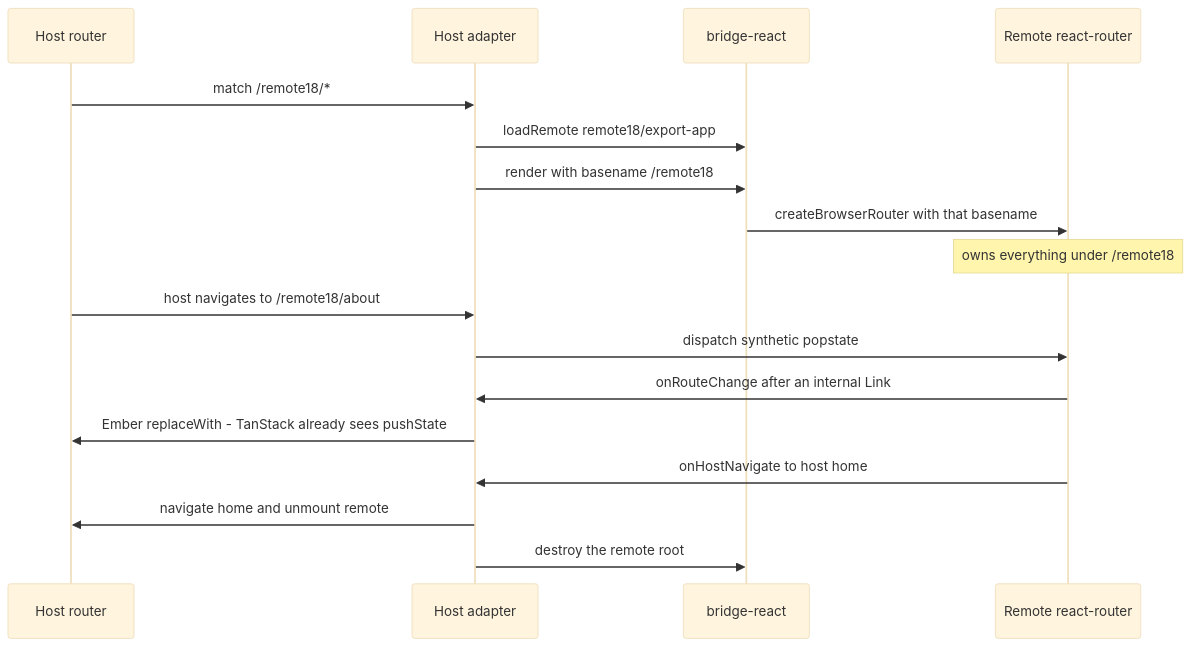
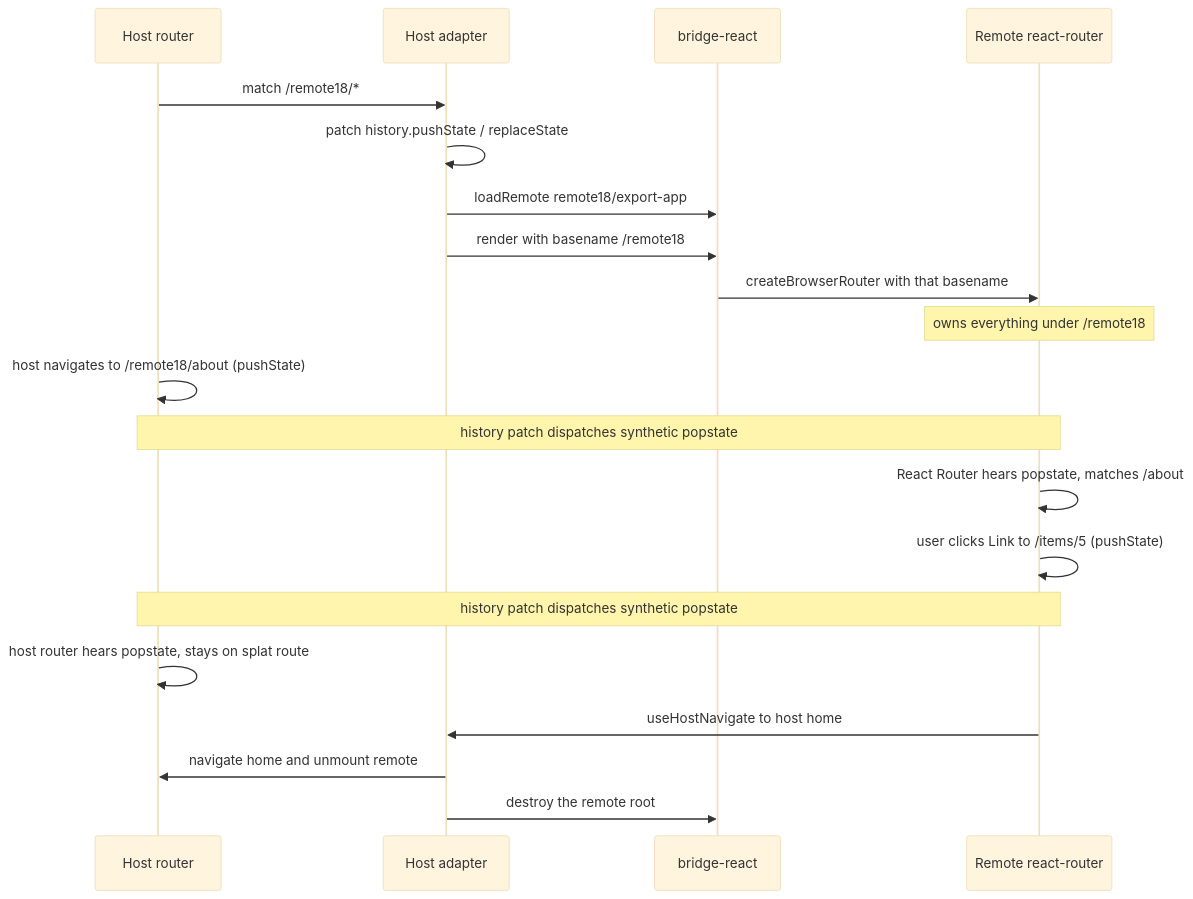
The diagram in README.md (arshabh-agarwal/bridge-react-poc), drawn with Mermaid (base theme) before and after one commit. The commit also changed other lines of this file and 7 other files, not shown here.

First line of the commit message:
refactor: replace per-adapter popstate dispatch with global history patch

````diff
--- a/README.md
+++ b/README.md
@@ -72,20 +72,23 @@
 ```mermaid
 sequenceDiagram
   participant Host as Host router
   participant Adapter as Host adapter
   participant Provider as bridge-react
   participant Remote as Remote react-router
 
   Host->>Adapter: match /remote18/*
+  Adapter->>Adapter: patch history.pushState / replaceState
   Adapter->>Provider: loadRemote remote18/export-app
   Adapter->>Provider: render with basename /remote18
   Provider->>Remote: createBrowserRouter with that basename
   Note over Remote: owns everything under /remote18
-  Host->>Adapter: host navigates to /remote18/about
-  Adapter->>Remote: dispatch synthetic popstate
-  Remote->>Adapter: onRouteChange after an internal Link
-  Adapter->>Host: Ember replaceWith - TanStack already sees pushState
-  Remote->>Adapter: onHostNavigate to host home
+  Host->>Host: host navigates to /remote18/about (pushState)
+  Note over Host,Remote: history patch dispatches synthetic popstate
+  Remote->>Remote: React Router hears popstate, matches /about
+  Remote->>Remote: user clicks Link to /items/5 (pushState)
+  Note over Host,Remote: history patch dispatches synthetic popstate
+  Host->>Host: host router hears popstate, stays on splat route
+  Remote->>Adapter: useHostNavigate to host home
   Adapter->>Host: navigate home and unmount remote
   Adapter->>Provider: destroy the remote root
 ```
````
